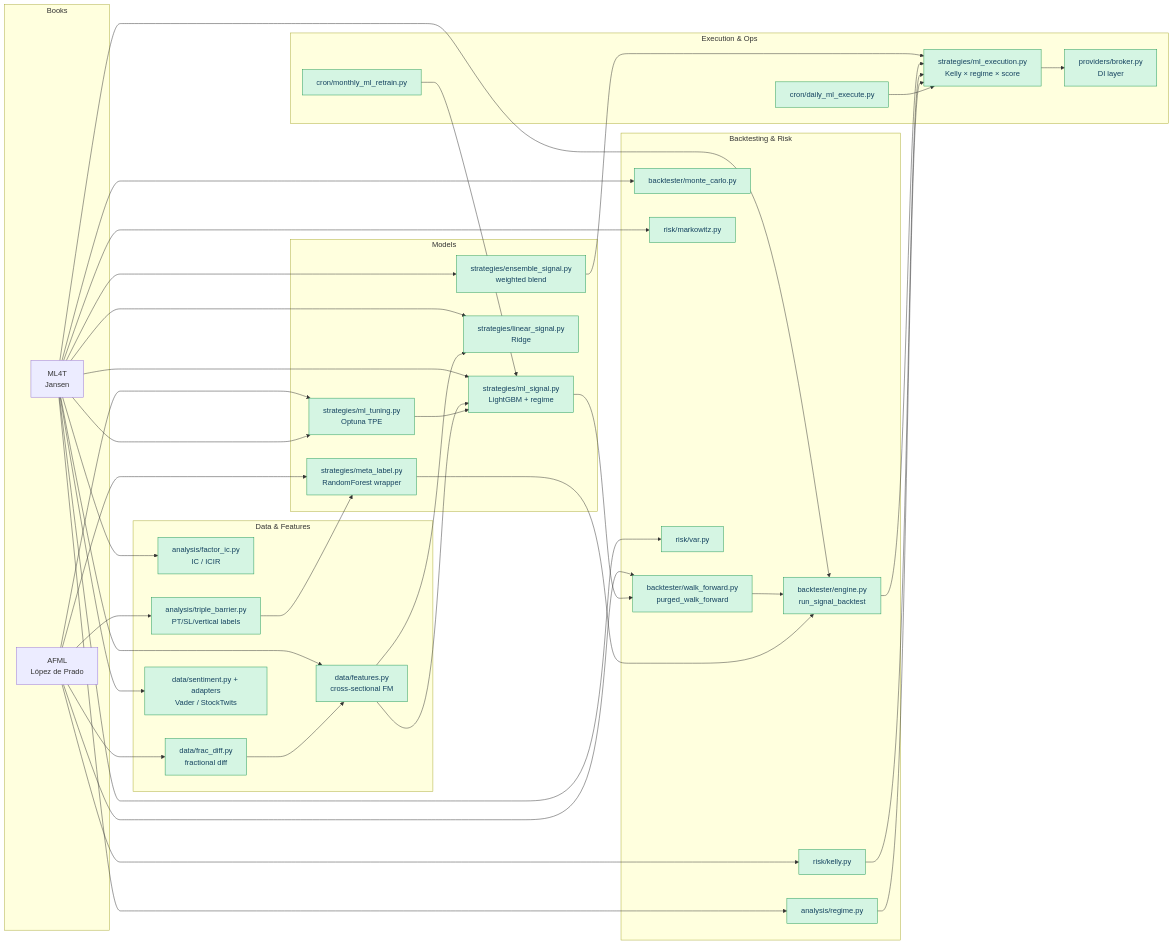
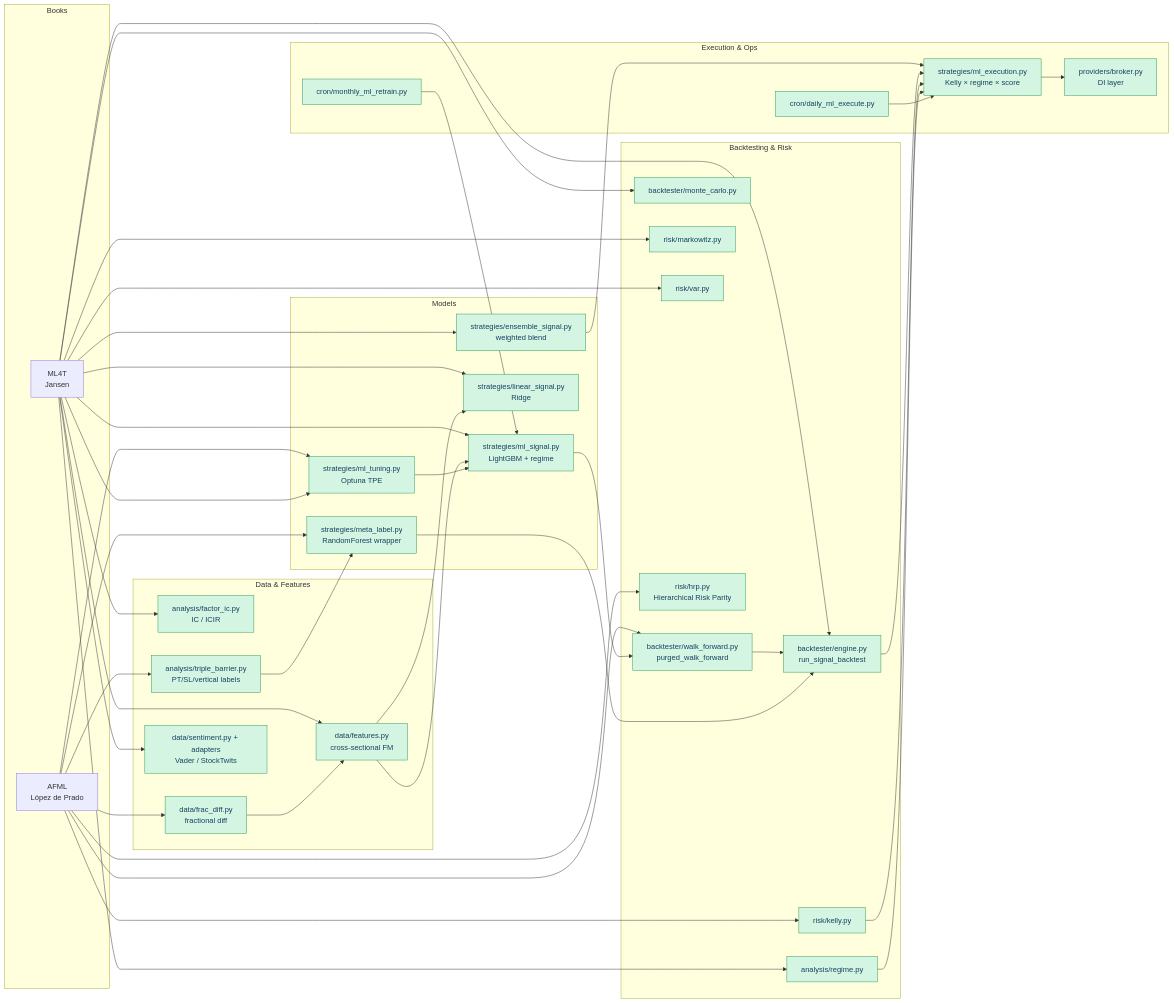
One commit to ghostlobster/quant-platform changed the diagram in ML_BOOK_MAP.md. Above: the diagram before and after it, drawn with Mermaid. The commit also changed other lines of this file and 3 other files, not shown here.

First line of the commit message:
feat: Hierarchical Risk Parity allocator (AFML Ch 16, closes #67)

````diff
--- a/ML_BOOK_MAP.md
+++ b/ML_BOOK_MAP.md
@@ -16,60 +16,61 @@
 ```mermaid
 graph LR
     subgraph Books[Books]
         AFML[AFML<br/>López de Prado]
         ML4T[ML4T<br/>Jansen]
     end
 
     subgraph Data[Data & Features]
         F1[data/features.py<br/>cross-sectional FM]
         F2[analysis/factor_ic.py<br/>IC / ICIR]
         F3[analysis/triple_barrier.py<br/>PT/SL/vertical labels]
         F4[data/frac_diff.py<br/>fractional diff]
         F5[data/sentiment.py + adapters<br/>Vader / StockTwits]
     end
 
     subgraph Models[Models]
         M1[strategies/ml_signal.py<br/>LightGBM + regime]
         M2[strategies/linear_signal.py<br/>Ridge]
         M3[strategies/ensemble_signal.py<br/>weighted blend]
         M4[strategies/meta_label.py<br/>RandomForest wrapper]
         M5[strategies/ml_tuning.py<br/>Optuna TPE]
     end
 
     subgraph Backtest[Backtesting & Risk]
         B1[backtester/walk_forward.py<br/>purged_walk_forward]
         B2[backtester/engine.py<br/>run_signal_backtest]
         B3[backtester/monte_carlo.py]
         B4[risk/kelly.py]
         B5[risk/markowitz.py]
         B6[risk/var.py]
         B7[analysis/regime.py]
+        B8[risk/hrp.py<br/>Hierarchical Risk Parity]
     end
 
     subgraph Execution[Execution & Ops]
         E1[strategies/ml_execution.py<br/>Kelly × regime × score]
         E2[providers/broker.py<br/>DI layer]
         E3[cron/daily_ml_execute.py]
         E4[cron/monthly_ml_retrain.py]
     end
 
-    AFML --> F3 & F4 & M4 & M5 & B1 & B4
+    AFML --> F3 & F4 & M4 & M5 & B1 & B4 & B8
     ML4T --> F1 & F2 & F5 & M1 & M2 & M3 & M5 & B2 & B3 & B5 & B6 & B7
 
     F1 --> M1 & M2
     F3 --> M4
     F4 --> F1
     M1 --> B1 --> B2
     M4 --> B2
     M5 --> M1
     M3 --> E1
     B2 --> E1
     B4 & B7 --> E1
     E1 --> E2
     E4 --> M1
     E3 --> E1
 
     classDef done fill:#d5f5e3,stroke:#229954,color:#154360
     classDef planned fill:#fdebd0,stroke:#b9770e,color:#7e5109
-    class F1,F2,F3,F4,F5,M1,M2,M3,M4,M5,B1,B2,B3,B4,B5,B6,B7,E1,E2,E3,E4 done
+    class F1,F2,F3,F4,F5,M1,M2,M3,M4,M5,B1,B2,B3,B4,B5,B6,B7,B8,E1,E2,E3,E4 done
 ```
````
